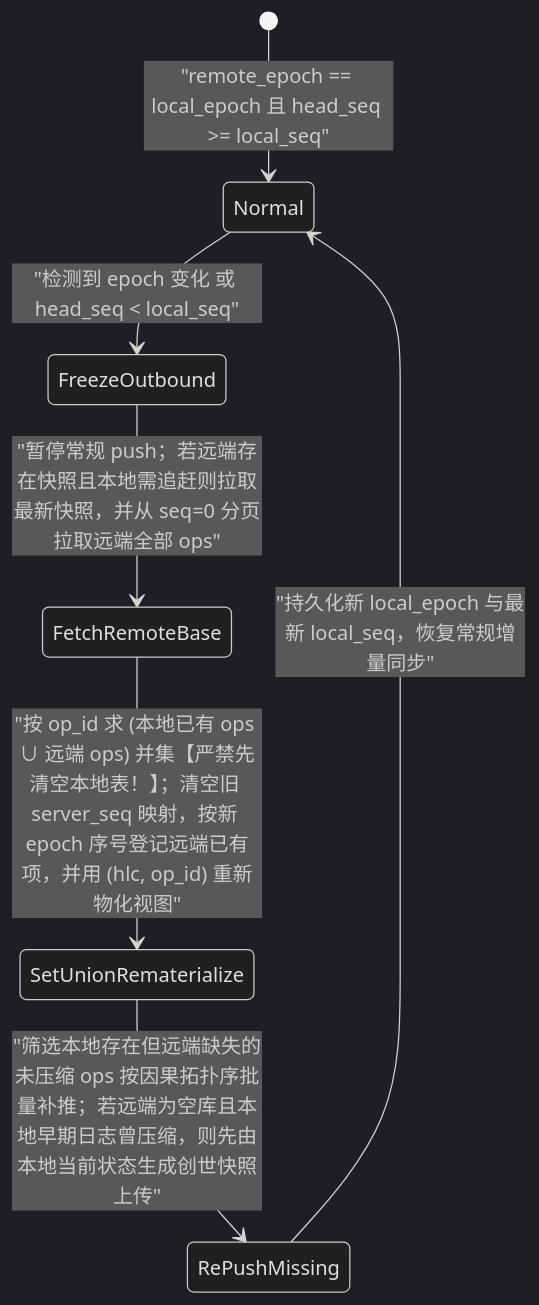
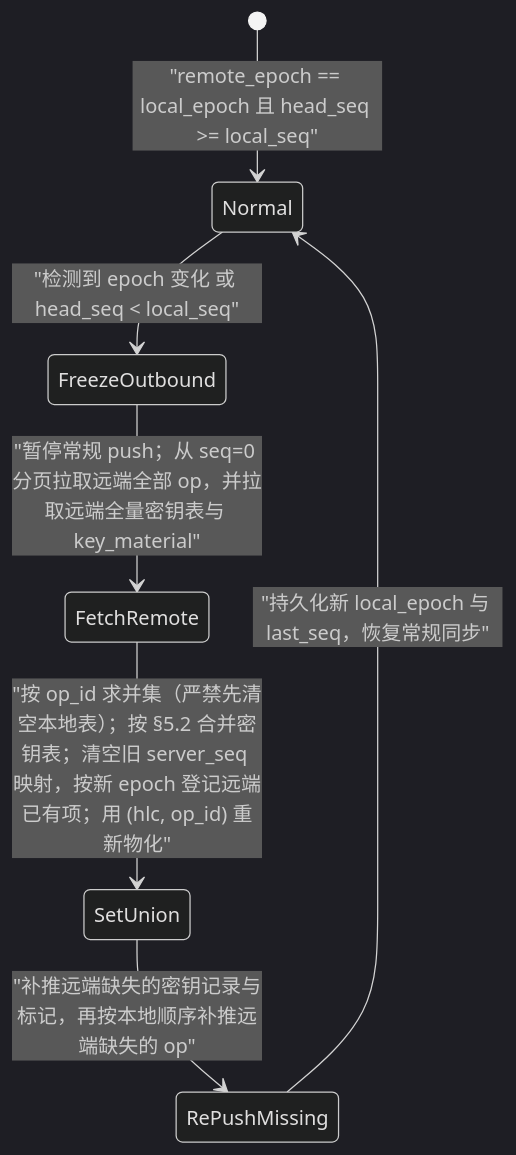
The second of 2 diagrams in docs/sync-protocol.md (gray0128/my-note), drawn with Mermaid (dark theme) before and after one commit. The commit also changed other lines of this file and 16 other files, not shown here.

````diff
--- a/docs/sync-protocol.md
+++ b/docs/sync-protocol.md
@@ -232,9 +317,9 @@
 ```mermaid
 stateDiagram-v2
     [*] --> Normal : "remote_epoch == local_epoch 且 head_seq >= local_seq"
     Normal --> FreezeOutbound : "检测到 epoch 变化 或 head_seq < local_seq"
-    FreezeOutbound --> FetchRemoteBase : "暂停常规 push；若远端存在快照且本地需追赶则拉取最新快照，并从 seq=0 分页拉取远端全部 ops"
-    FetchRemoteBase --> SetUnionRematerialize : "按 op_id 求 (本地已有 ops ∪ 远端 ops) 并集【严禁先清空本地表！】；清空旧 server_seq 映射，按新 epoch 序号登记远端已有项，并用 (hlc, op_id) 重新物化视图"
-    SetUnionRematerialize --> RePushMissing : "筛选本地存在但远端缺失的未压缩 ops 按因果拓扑序批量补推；若远端为空库且本地早期日志曾压缩，则先由本地当前状态生成创世快照上传"
-    RePushMissing --> Normal : "持久化新 local_epoch 与最新 local_seq，恢复常规增量同步"
+    FreezeOutbound --> FetchRemote : "暂停常规 push；从 seq=0 分页拉取远端全部 op，并拉取远端全量密钥表与 key_material"
+    FetchRemote --> SetUnion : "按 op_id 求并集（严禁先清空本地表）；按 §5.2 合并密钥表；清空旧 server_seq 映射，按新 epoch 登记远端已有项；用 (hlc, op_id) 重新物化"
+    SetUnion --> RePushMissing : "补推远端缺失的密钥记录与标记，再按本地顺序补推远端缺失的 op"
+    RePushMissing --> Normal : "持久化新 local_epoch 与 last_seq，恢复常规同步"
 ```
````
